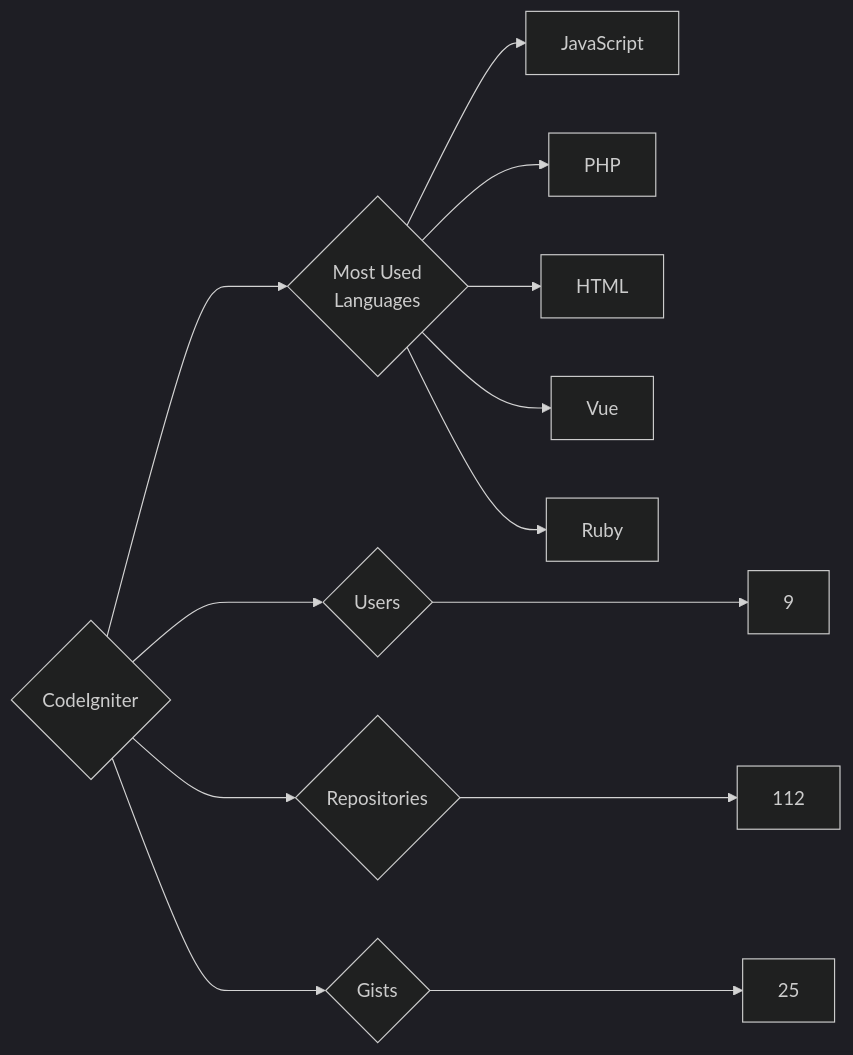
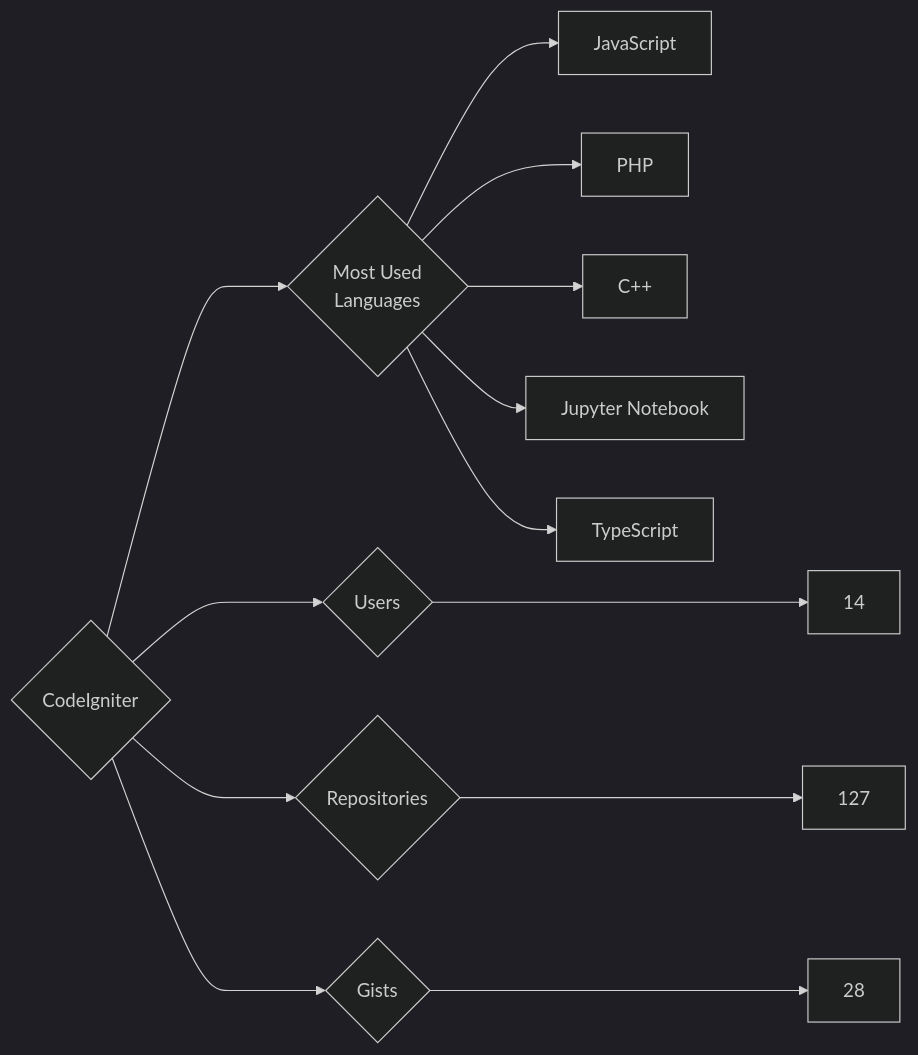
Before and after one commit to trickest/insiders: the diagram in targets/CodeIgniter/README.md, drawn with Mermaid (dark theme). The commit also changed 1030 other files, not shown here.

````diff
--- a/targets/CodeIgniter/README.md
+++ b/targets/CodeIgniter/README.md
@@ -3,13 +3,13 @@
 ```mermaid
 graph LR
 COMPANY_NAME{CodeIgniter}
-COMPANY_NAME ---> U{Users} ---> UN[9]
-COMPANY_NAME ---> R{Repositories} ---> RN[112]
-COMPANY_NAME ---> G{Gists} ---> GN[25]
+COMPANY_NAME ---> U{Users} ---> UN[14]
+COMPANY_NAME ---> R{Repositories} ---> RN[127]
+COMPANY_NAME ---> G{Gists} ---> GN[28]
 COMPANY_NAME ---> ML{Most Used<br>Languages}
 ML --> JavaScript[JavaScript]
 ML --> PHP[PHP]
-ML --> HTML[HTML]
-ML --> Vue[Vue]
-ML --> Ruby[Ruby]
+ML --> C++[C++]
+ML --> Jupyter_Notebook[Jupyter Notebook]
+ML --> TypeScript[TypeScript]
 ```
````
